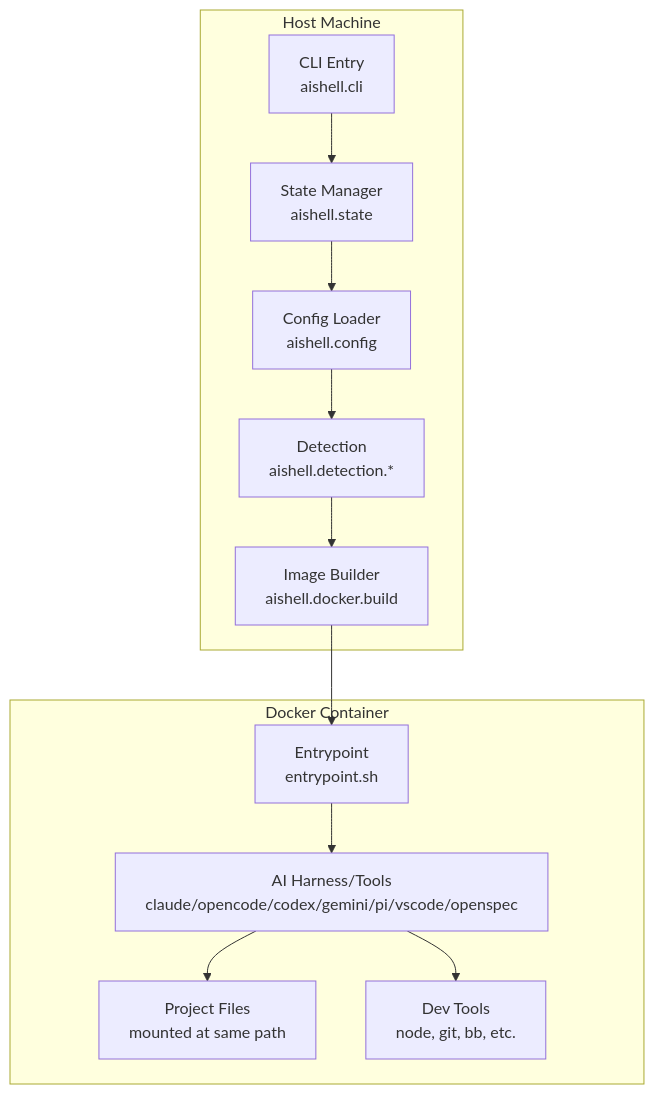
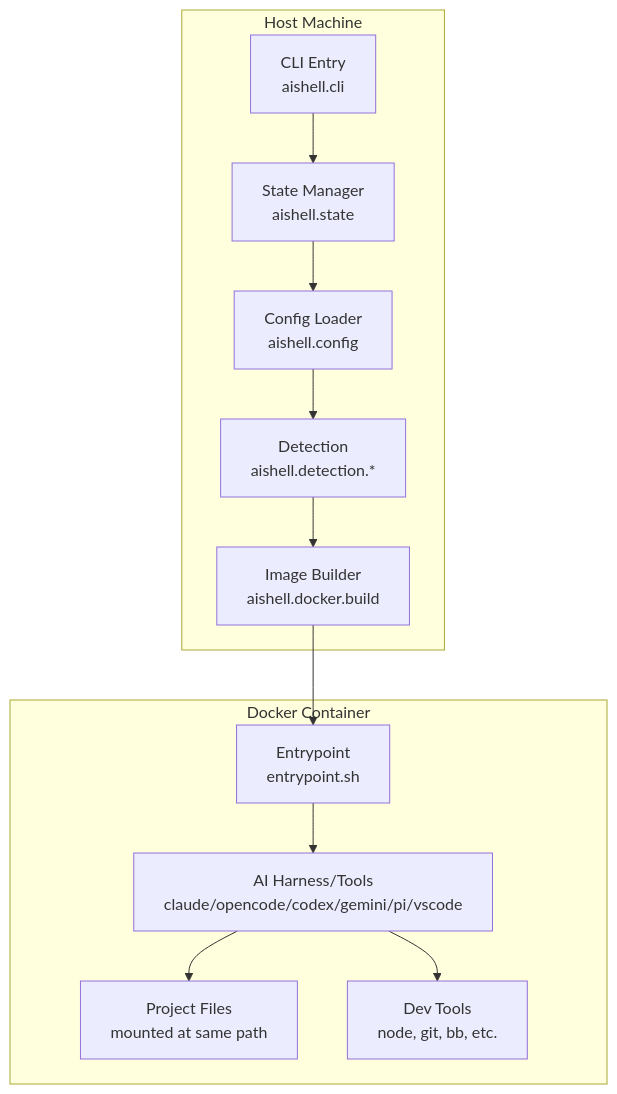
One commit to UniSoma/aishell changed the diagram in docs/ARCHITECTURE.md. Above: the diagram before and after it, drawn with Mermaid. The commit also changed other lines of this file and 27 other files, not shown here.

````diff
--- a/docs/ARCHITECTURE.md
+++ b/docs/ARCHITECTURE.md
@@ -27,26 +27,26 @@
 ```mermaid
 graph TB
     subgraph Host["Host Machine"]
         CLI[CLI Entry<br/>aishell.cli]
         State[State Manager<br/>aishell.state]
         Config[Config Loader<br/>aishell.config]
         Detection[Detection<br/>aishell.detection.*]
         Build[Image Builder<br/>aishell.docker.build]
     end
 
     subgraph Docker["Docker Container"]
         Entry[Entrypoint<br/>entrypoint.sh]
-        Harness[AI Harness/Tools<br/>claude/opencode/codex/gemini/pi/vscode/openspec]
+        Harness[AI Harness/Tools<br/>claude/opencode/codex/gemini/pi/vscode]
         Project[Project Files<br/>mounted at same path]
         Tools[Dev Tools<br/>node, git, bb, etc.]
     end
 
     CLI --> State
     State --> Config
     Config --> Detection
     Detection --> Build
     Build --> Entry
     Entry --> Harness
     Harness --> Project
     Harness --> Tools
 ```
````
